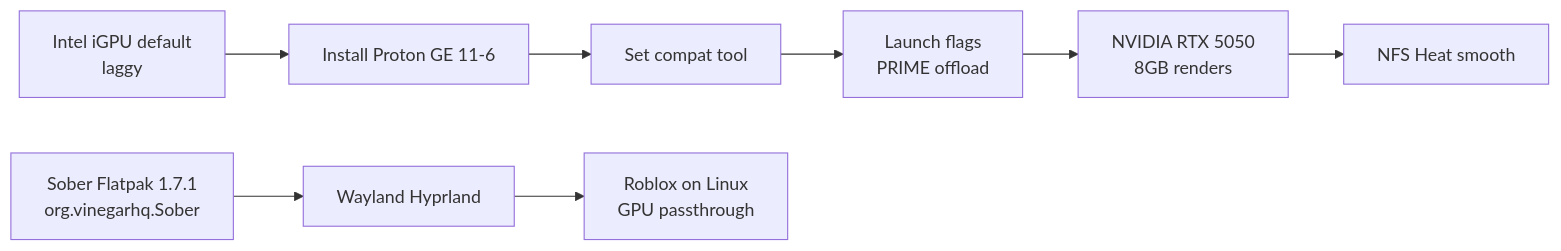
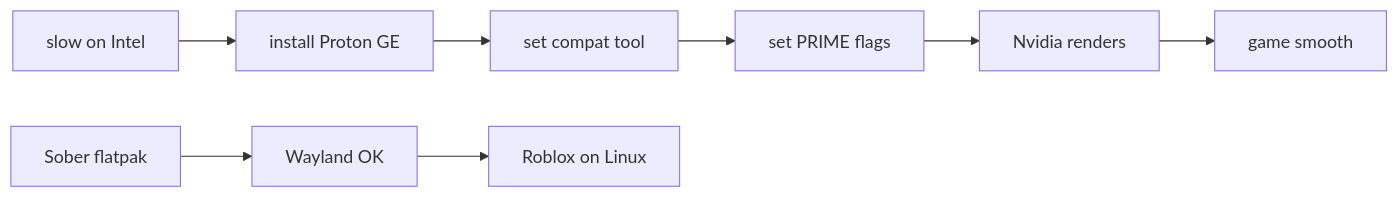
One commit to 444Nazky/My-Vault changed diagram 11 of 13 in Map of Content.md. Above: the diagram before and after it, drawn with Mermaid. The commit also changed other lines of this file and 8 other files, not shown here.

````diff
--- a/Map of Content.md
+++ b/Map of Content.md
@@ -241,10 +234,10 @@
 ```mermaid
 flowchart LR
-    A[Intel iGPU default<br/>laggy] --> B[Install Proton GE 11-6]
-    B --> C[Set compat tool]
-    C --> D[Launch flags<br/>PRIME offload]
-    D --> E[NVIDIA RTX 5050<br/>8GB renders]
-    E --> F[NFS Heat smooth]
-    G[Sober Flatpak 1.7.1<br/>org.vinegarhq.Sober] --> H[Wayland Hyprland]
-    H --> I[Roblox on Linux<br/>GPU passthrough]
+    A["slow on Intel"] --> B["install Proton GE"]
+    B --> C["set compat tool"]
+    C --> D["set PRIME flags"]
+    D --> E["Nvidia renders"]
+    E --> F["game smooth"]
+    G["Sober flatpak"] --> H["Wayland OK"]
+    H --> I["Roblox on Linux"]
 ```
````
